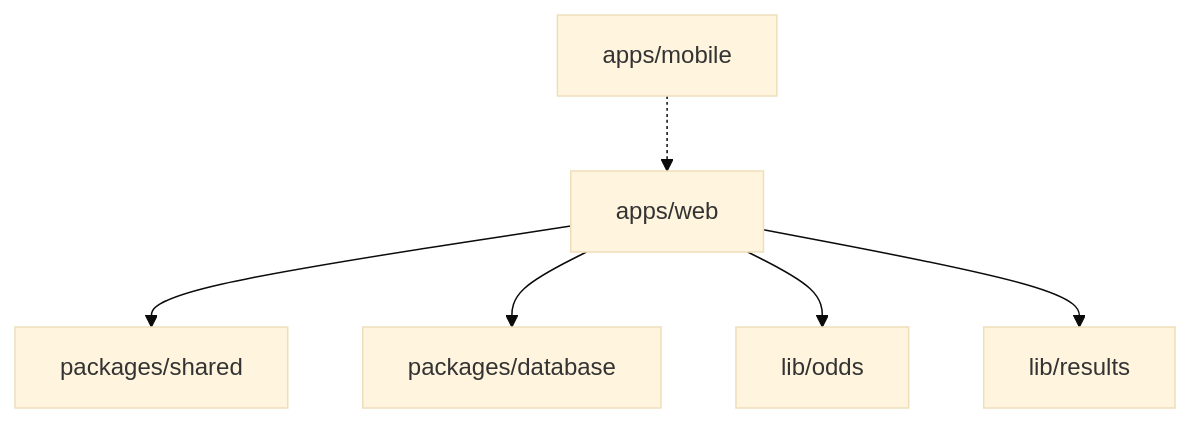
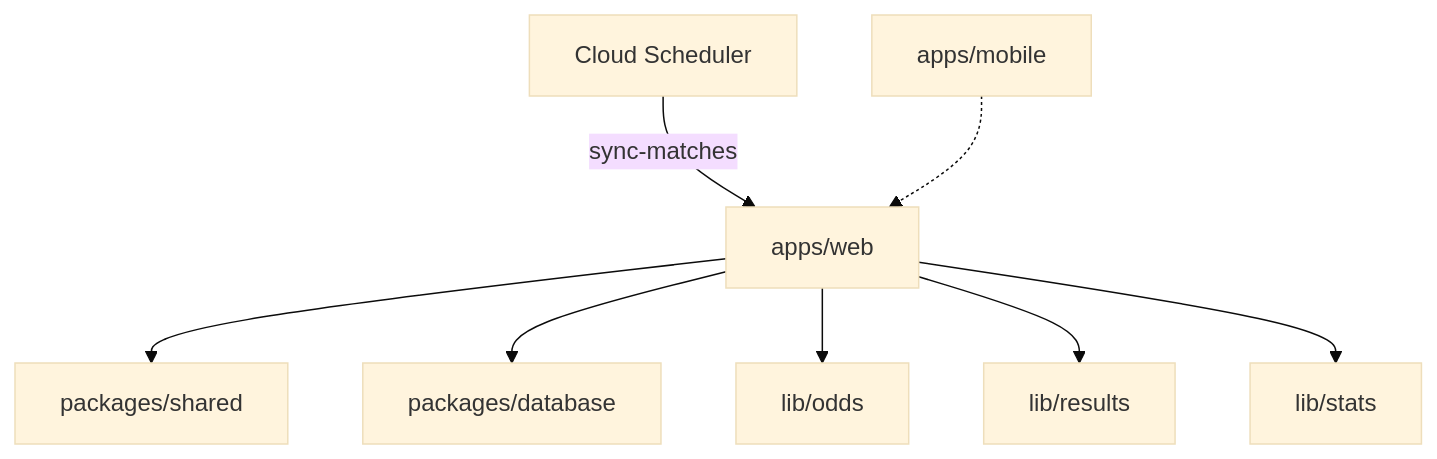
The diagram in docs/ARCHITECTURE.md (DanScreen/the-syndicate), drawn with Mermaid (base theme) before and after one commit. The commit also changed other lines of this file and 30 other files, not shown here.

````diff
--- a/docs/ARCHITECTURE.md
+++ b/docs/ARCHITECTURE.md
@@ -11,8 +11,10 @@
 ```mermaid
 flowchart TB
   Web[apps/web] --> Shared[packages/shared]
   Web --> DB[packages/database]
   Web --> Odds[lib/odds]
   Web --> Results[lib/results]
+  Web --> Stats[lib/stats]
+  Cron[Cloud Scheduler] -->|sync-matches| Web
   Mobile[apps/mobile] -.-> Web
 ```
````
